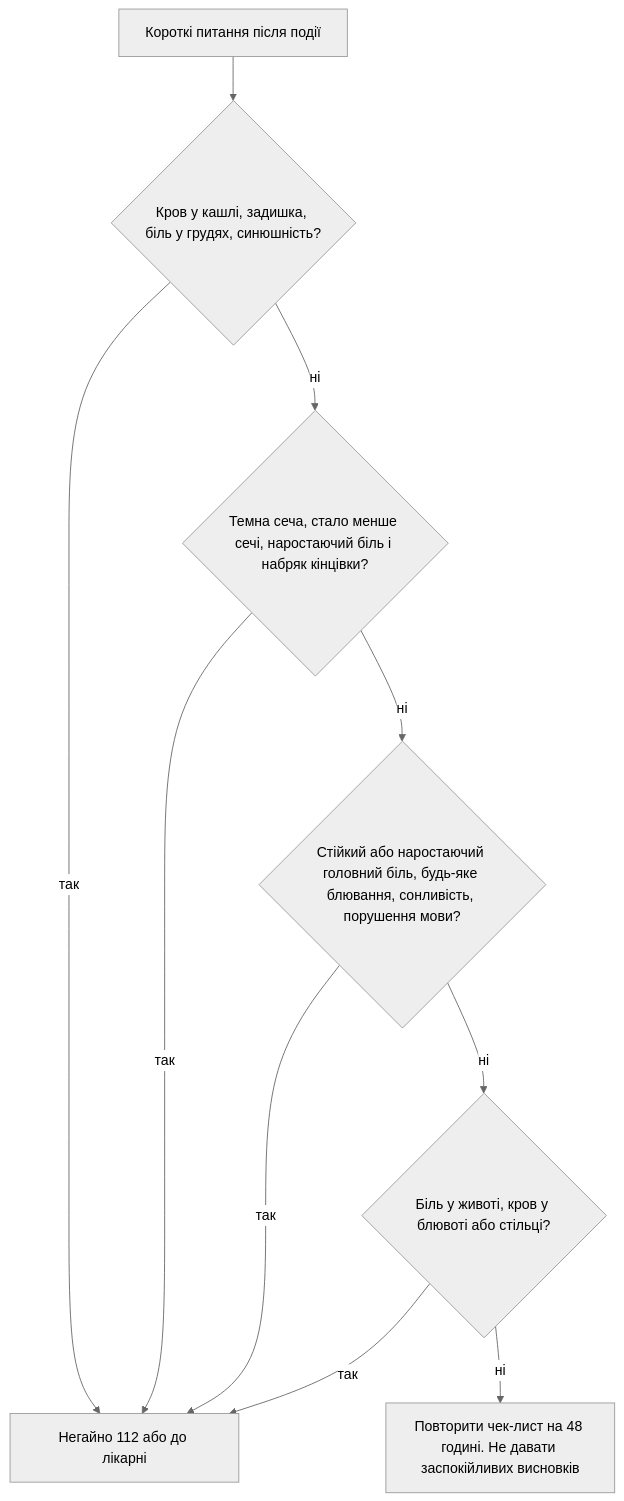
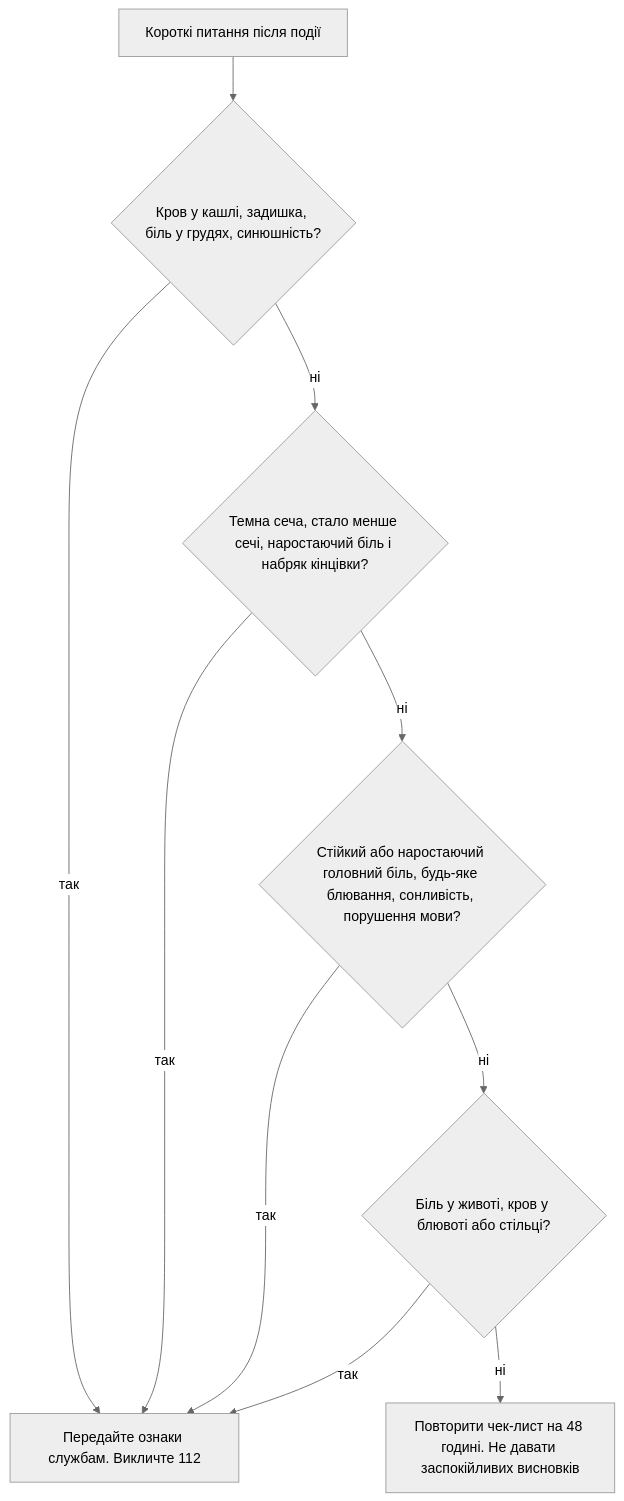
One commit to kaiserdem/ZeroEchelon changed diagram 11 of 13 in docs/04-блок-схеми.md. Above: the diagram before and after it, drawn with Mermaid (neutral theme). The commit also changed other lines of this file and 19 other files, not shown here.

````diff
--- a/docs/04-блок-схеми.md
+++ b/docs/04-блок-схеми.md
@@ -278,12 +275,12 @@
 ```mermaid
 flowchart TD
   I0["Короткі питання після події"] --> I1{"Кров у кашлі, задишка, біль у грудях, синюшність?"}
-  I1 -->|"так"| Go["Негайно 112 або до лікарні"]
+  I1 -->|"так"| Go["Передайте ознаки службам. Викличте 112"]
   I1 -->|"ні"| I2{"Темна сеча, стало менше сечі, наростаючий біль і набряк кінцівки?"}
   I2 -->|"так"| Go
   I2 -->|"ні"| I3{"Стійкий або наростаючий головний біль, будь-яке блювання, сонливість, порушення мови?"}
   I3 -->|"так"| Go
   I3 -->|"ні"| I4{"Біль у животі, кров у блювоті або стільці?"}
   I4 -->|"так"| Go
   I4 -->|"ні"| I5["Повторити чек-лист на 48 годині. Не давати заспокійливих висновків"]
 ```
````
